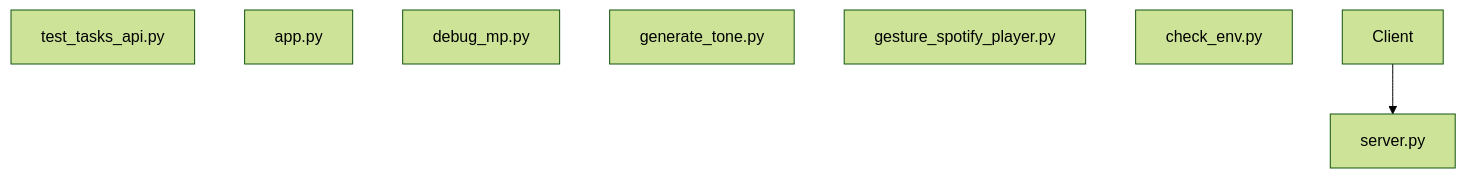
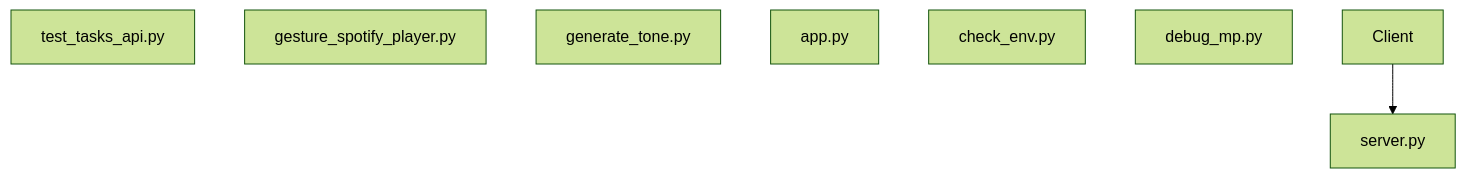
One commit to NITISH-R-G/PalmPlay changed the diagram in diagrams/architecture.mermaid. Above: the diagram before and after it, drawn with Mermaid (forest theme). The commit also changed other lines of this file and 3 other files, not shown here.

Commit message:
docs(auto): Update repository architecture and README [skip ci]

```diff
--- a/diagrams/architecture.mermaid
+++ b/diagrams/architecture.mermaid
@@ -1,9 +1,9 @@
 graph TD;
+    server["server.py"];
     test_tasks_api["test_tasks_api.py"];
+    gesture_spotify_player["gesture_spotify_player.py"];
+    generate_tone["generate_tone.py"];
     app["app.py"];
+    check_env["check_env.py"];
     debug_mp["debug_mp.py"];
-    generate_tone["generate_tone.py"];
-    server["server.py"];
-    gesture_spotify_player["gesture_spotify_player.py"];
-    check_env["check_env.py"];
     Client --> server;
```
